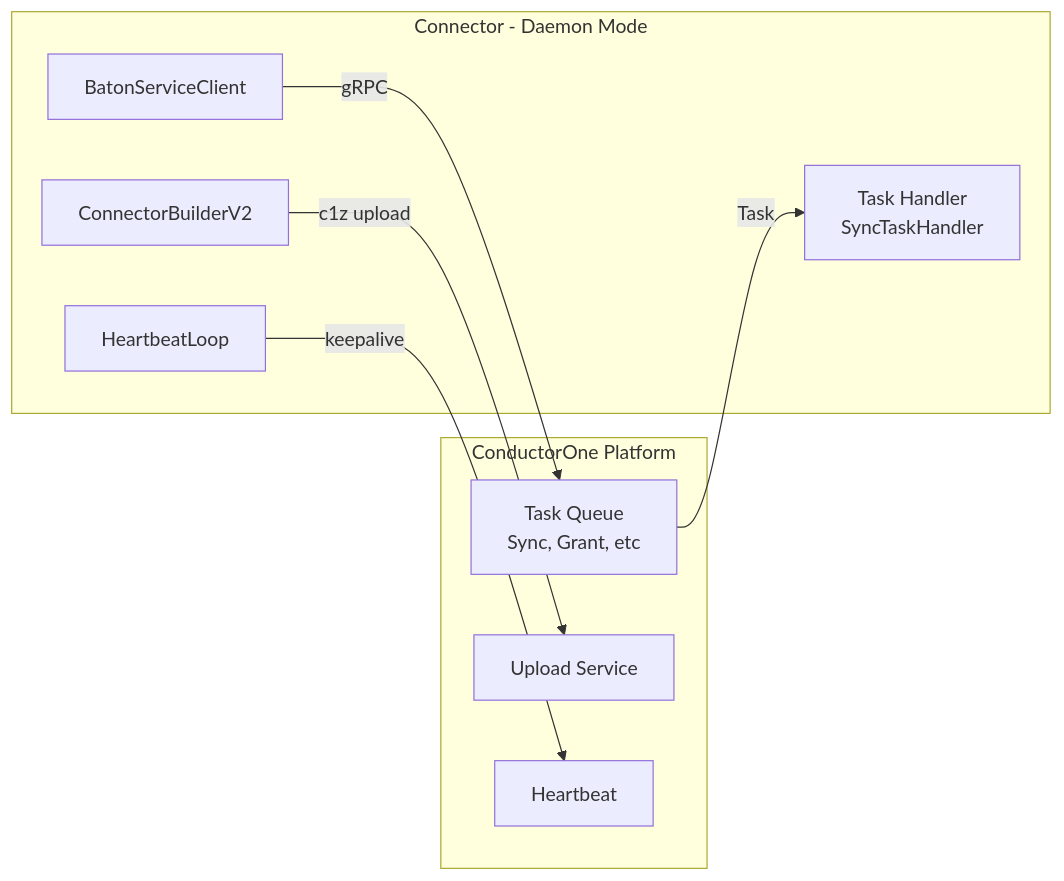
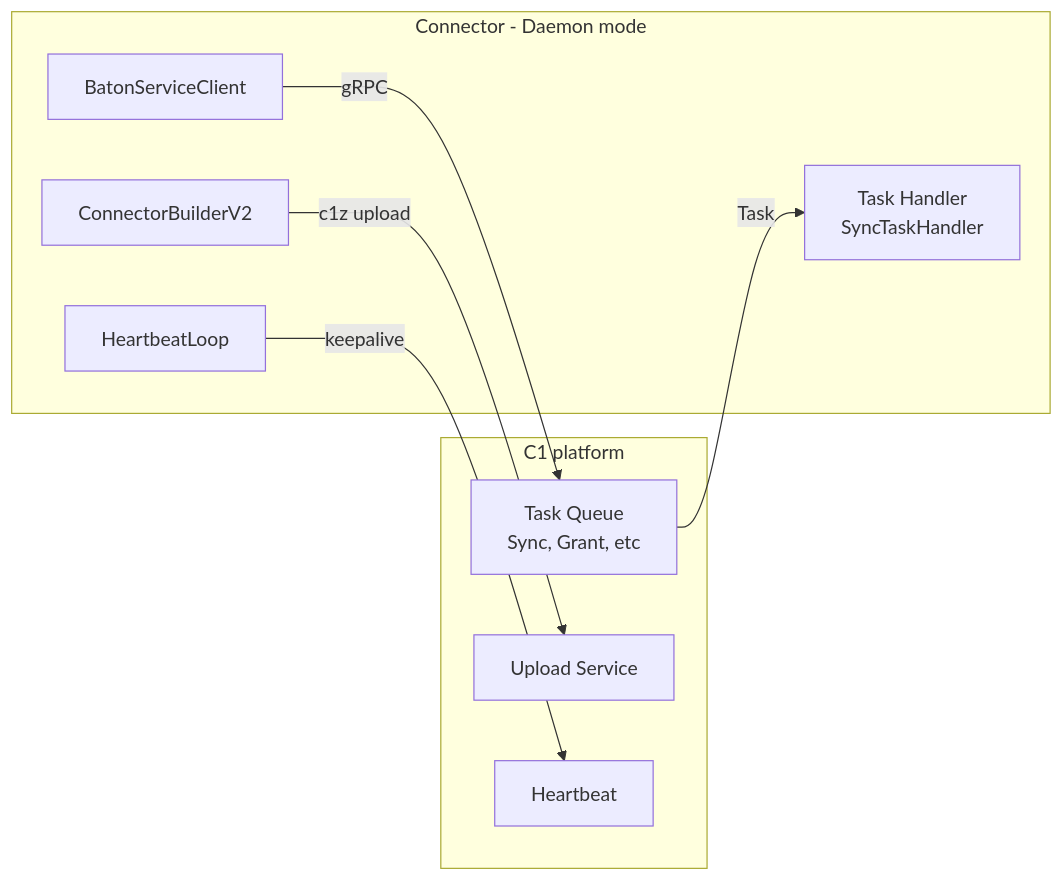
Before and after one commit to ConductorOne/docs: the diagram in developer/c1-api.mdx, drawn with Mermaid. The commit also changed other lines of this file and 390 other files, not shown here.

````diff
--- a/developer/c1-api.mdx
+++ b/developer/c1-api.mdx
@@ -13,18 +13,18 @@
 ```mermaid
 flowchart LR
-    subgraph C1["ConductorOne Platform"]
+    subgraph C1["C1 platform"]
         TQ[Task Queue<br>Sync, Grant, etc]
         US[Upload Service]
         HB[Heartbeat]
     end
-    subgraph Conn["Connector - Daemon Mode"]
+    subgraph Conn["Connector - Daemon mode"]
         BSC[BatonServiceClient]
         TH[Task Handler<br>SyncTaskHandler]
         CB[ConnectorBuilderV2]
         HBL[HeartbeatLoop]
     end
     BSC -->|gRPC| TQ
     TQ -->|Task| TH
     CB -->|c1z upload| US
     HBL -->|keepalive| HB
 ```
````
